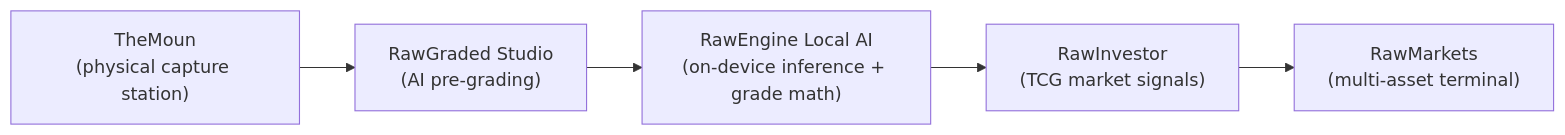
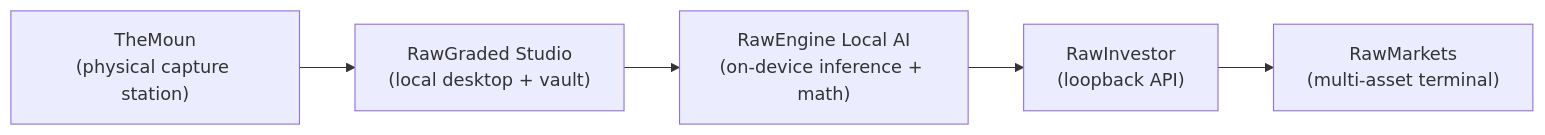
Before and after one commit to GatoGodMode/GatoGodMode: the diagram in README.md, drawn with Mermaid. The commit also changed other lines of this file and 2 other files, not shown here.

````diff
--- a/README.md
+++ b/README.md
@@ -66,7 +464,7 @@
 ```mermaid
 flowchart LR
-    Moun["TheMoun<br/>(physical capture station)"] --> RawGraded["RawGraded Studio<br/>(AI pre-grading)"]
-    RawGraded --> Engine["RawEngine Local AI<br/>(on-device inference + grade math)"]
-    Engine --> Investor["RawInvestor<br/>(TCG market signals)"]
+    Moun["TheMoun<br/>(physical capture station)"] --> RawGraded["RawGraded Studio<br/>(local desktop + vault)"]
+    RawGraded --> Engine["RawEngine Local AI<br/>(on-device inference + math)"]
+    Engine --> Investor["RawInvestor<br/>(loopback API)"]
     Investor --> Markets["RawMarkets<br/>(multi-asset terminal)"]
 ```
````
